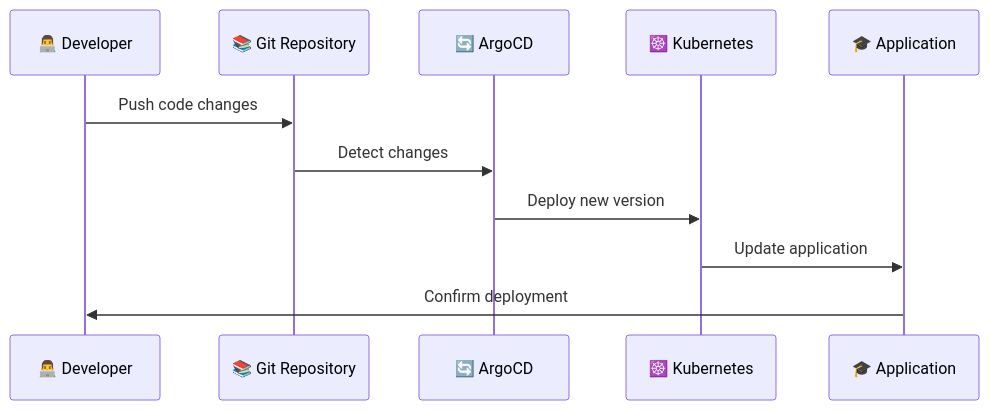
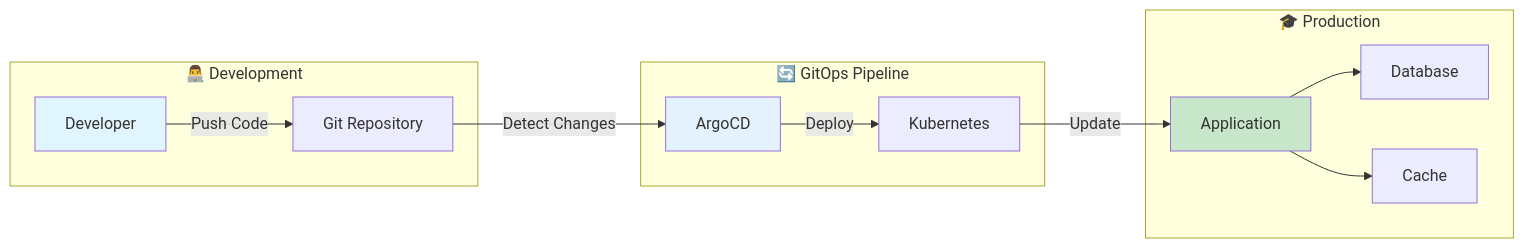
Before and after one commit to bonaventuresimeon/NativeSeries: the eighth of 9 diagrams in README.md, drawn with Mermaid. The commit also changed other lines of this file, not shown here.

Commit message:
Update README with comprehensive deployment, architecture, and feature details

````diff
--- a/README.md
+++ b/README.md
@@ -95,14 +515,29 @@
 ```mermaid
-sequenceDiagram
-    participant Dev as 👨‍💻 Developer
-    participant Git as 📚 Git Repository
-    participant Argo as 🔄 ArgoCD
-    participant K8s as ☸️ Kubernetes
-    participant App as 🎓 Application
+graph LR
+    subgraph "👨‍💻 Development"
+        Dev[Developer]
+        Git[Git Repository]
+    end
     
-    Dev->>Git: Push code changes
-    Git->>Argo: Detect changes
-    Argo->>K8s: Deploy new version
-    K8s->>App: Update application
-    App->>Dev: Confirm deployment
+    subgraph "🔄 GitOps Pipeline"
+        Argo[ArgoCD]
+        K8s[Kubernetes]
+    end
+    
+    subgraph "🎓 Production"
+        App[Application]
+        DB[Database]
+        Cache[Cache]
+    end
+    
+    Dev -->|Push Code| Git
+    Git -->|Detect Changes| Argo
+    Argo -->|Deploy| K8s
+    K8s -->|Update| App
+    App --> DB
+    App --> Cache
+    
+    style Dev fill:#e1f5fe
+    style Argo fill:#e3f2fd
+    style App fill:#c8e6c9
 ```
````
